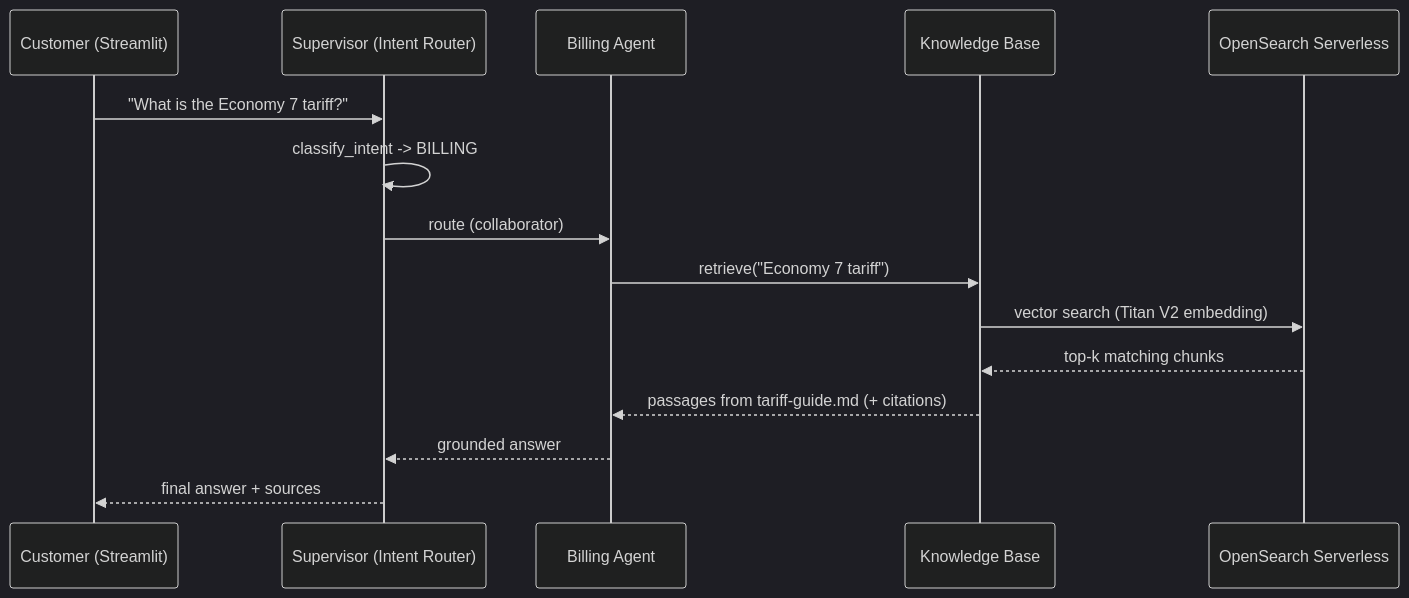
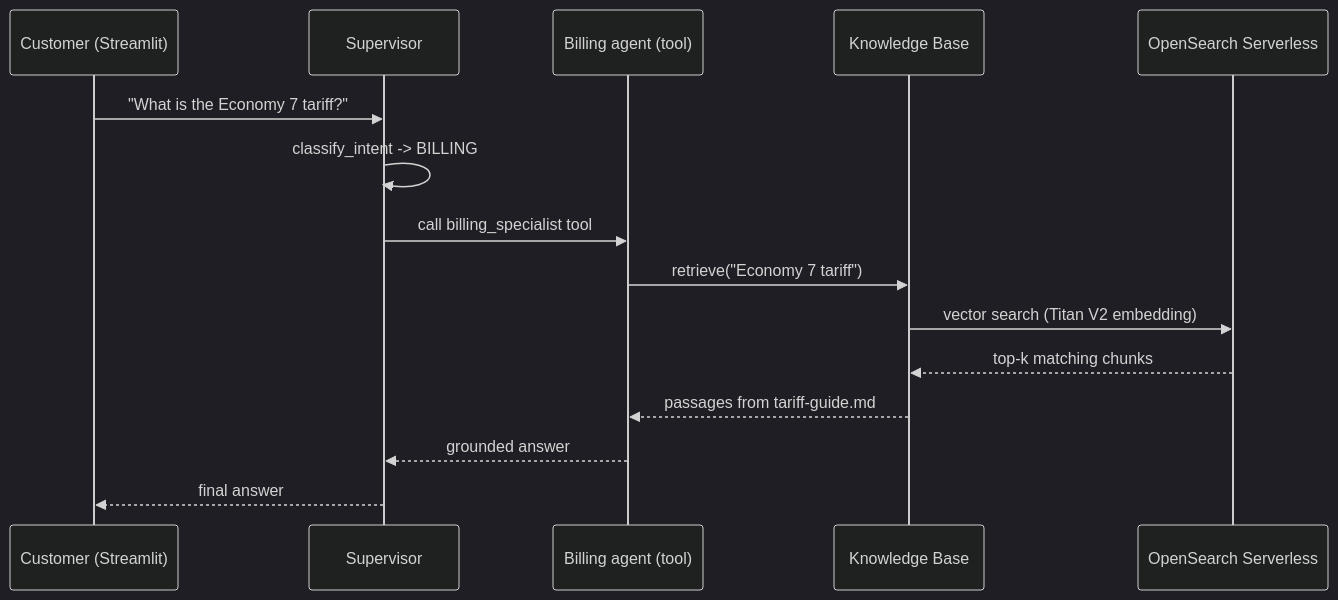
Before and after one commit to aws-samples/sample-multi-agent-customer-service-for-bedrock: the second of 2 diagrams in docs/architecture.md, drawn with Mermaid (dark theme). The commit also changed other lines of this file and 24 other files, not shown here.

````diff
--- a/docs/architecture.md
+++ b/docs/architecture.md
@@ -206,18 +184,18 @@
 ```mermaid
 sequenceDiagram
     participant U as Customer (Streamlit)
-    participant S as Supervisor (Intent Router)
-    participant B as Billing Agent
+    participant S as Supervisor
+    participant B as Billing agent (tool)
     participant KB as Knowledge Base
     participant OSS as OpenSearch Serverless
 
     U->>S: "What is the Economy 7 tariff?"
     S->>S: classify_intent -> BILLING
-    S->>B: route (collaborator)
+    S->>B: call billing_specialist tool
     B->>KB: retrieve("Economy 7 tariff")
     KB->>OSS: vector search (Titan V2 embedding)
     OSS-->>KB: top-k matching chunks
-    KB-->>B: passages from tariff-guide.md (+ citations)
+    KB-->>B: passages from tariff-guide.md
     B-->>S: grounded answer
-    S-->>U: final answer + sources
+    S-->>U: final answer
 ```
````
